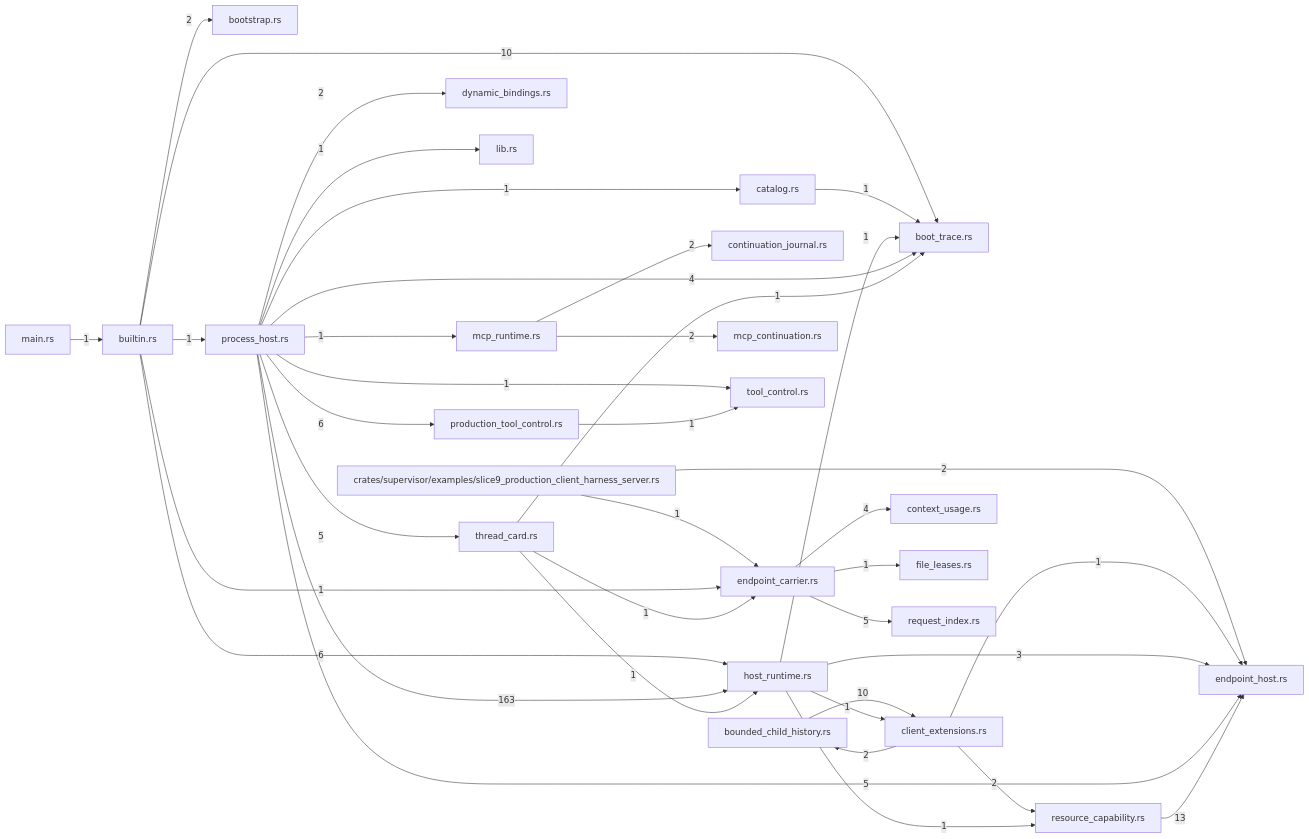
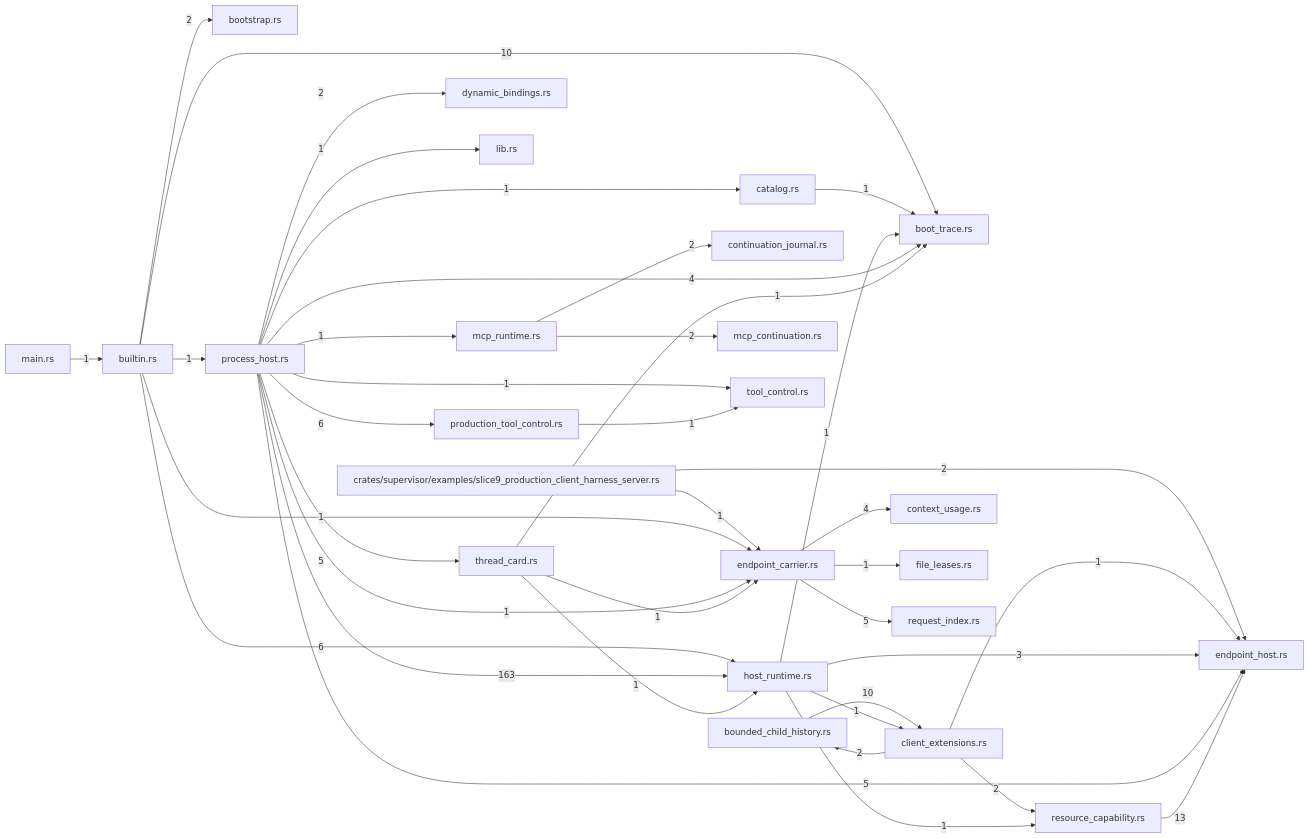
One commit to TekesApps/TekesKernel changed the diagram in crates/supervisor/docs/generated/index.md. Above: the diagram before and after it, drawn with Mermaid. The commit also changed other lines of this file and 69 other files, not shown here.

````diff
--- a/crates/supervisor/docs/generated/index.md
+++ b/crates/supervisor/docs/generated/index.md
@@ -97,64 +97,65 @@
 ```mermaid
 flowchart LR
   m0["crates/supervisor/examples/slice9_production_client_harness_server.rs"]
   m1["boot_trace.rs"]
   m2["bootstrap.rs"]
   m3["bounded_child_history.rs"]
   m4["builtin.rs"]
   m5["catalog.rs"]
   m6["client_extensions.rs"]
   m7["context_usage.rs"]
   m8["continuation_journal.rs"]
   m9["dynamic_bindings.rs"]
   m10["endpoint_carrier.rs"]
   m11["endpoint_host.rs"]
   m12["file_leases.rs"]
   m13["host_runtime.rs"]
   m14["lib.rs"]
   m15["main.rs"]
   m16["mcp_continuation.rs"]
   m17["mcp_runtime.rs"]
   m18["process_host.rs"]
   m19["production_tool_control.rs"]
   m20["request_index.rs"]
   m21["resource_capability.rs"]
   m22["thread_card.rs"]
   m23["tool_control.rs"]
   m0 -->|"1"| m10
   m0 -->|"2"| m11
   m3 -->|"10"| m6
   m4 -->|"10"| m1
   m4 -->|"2"| m2
   m4 -->|"1"| m10
   m4 -->|"6"| m13
   m4 -->|"1"| m18
   m5 -->|"1"| m1
   m6 -->|"2"| m3
   m6 -->|"1"| m11
   m6 -->|"2"| m21
   m10 -->|"4"| m7
   m10 -->|"1"| m12
   m10 -->|"5"| m20
   m13 -->|"1"| m1
   m13 -->|"1"| m6
   m13 -->|"3"| m11
   m13 -->|"1"| m21
   m15 -->|"1"| m4
   m17 -->|"2"| m8
   m17 -->|"2"| m16
   m18 -->|"4"| m1
   m18 -->|"1"| m5
   m18 -->|"2"| m9
+  m18 -->|"1"| m10
   m18 -->|"5"| m11
   m18 -->|"163"| m13
   m18 -->|"1"| m14
   m18 -->|"1"| m17
   m18 -->|"6"| m19
   m18 -->|"5"| m22
   m18 -->|"1"| m23
   m19 -->|"1"| m23
   m21 -->|"13"| m11
   m22 -->|"1"| m1
   m22 -->|"1"| m10
   m22 -->|"1"| m13
 ```
````
